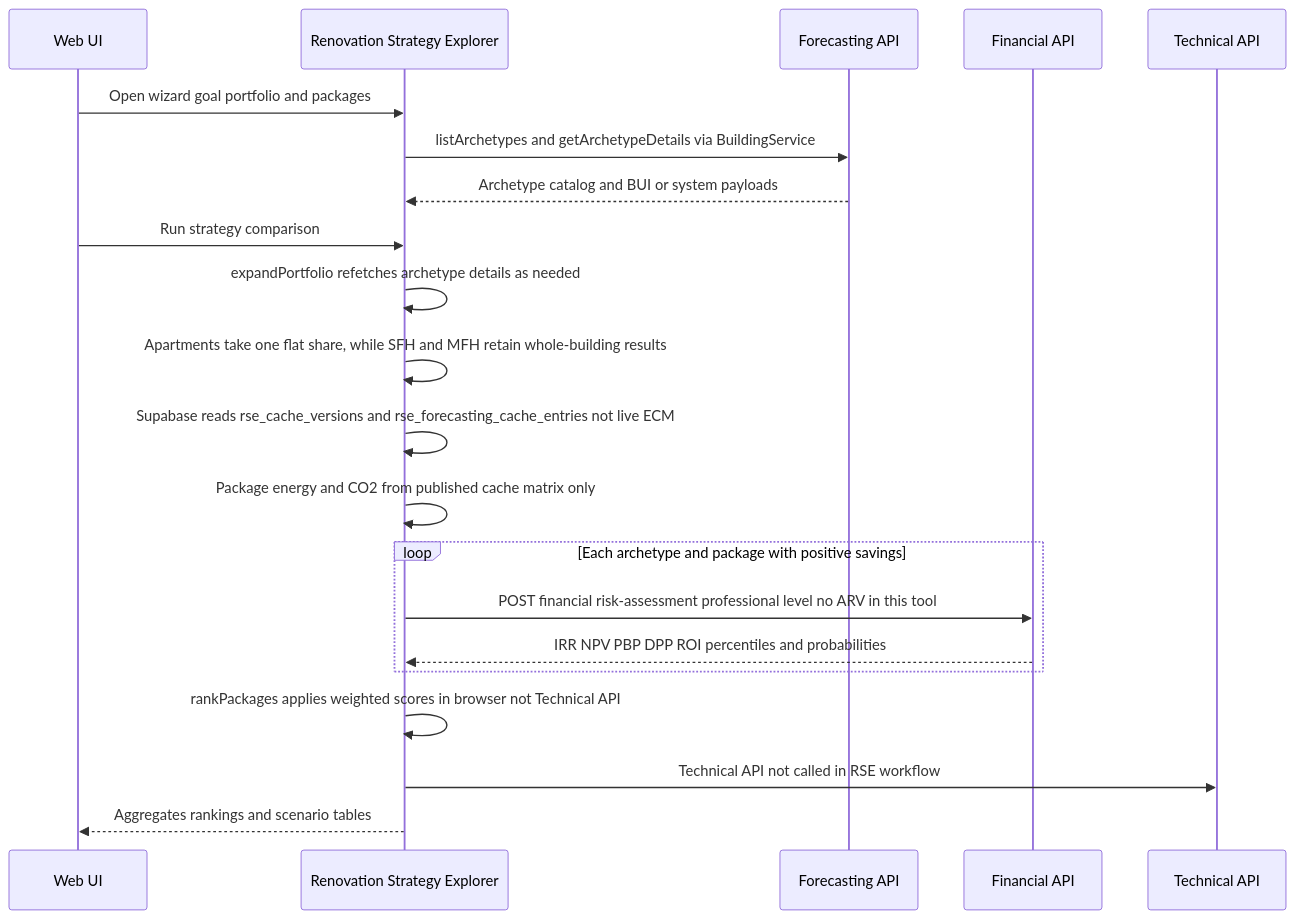
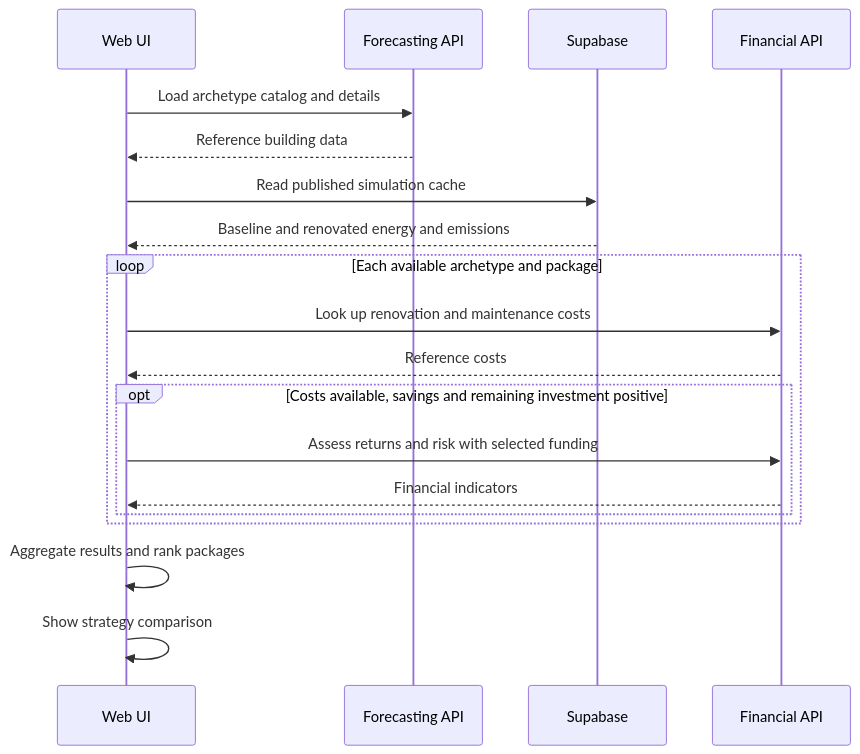
The third of 3 diagrams in README.md (ReLIFE-Project-EU/relife-web-ui), drawn with Mermaid before and after one commit. The commit also changed other lines of this file, not shown here.

Commit message:
📝 Refine README and correct architecture diagrams

````diff
--- a/README.md
+++ b/README.md
@@ -145,24 +130,22 @@
 ```mermaid
 sequenceDiagram
     participant UI as Web UI
-    participant RSE as Renovation Strategy Explorer
     participant FCAST as Forecasting API
+    participant DB as Supabase
     participant FIN as Financial API
-    participant TECH as Technical API
 
-    UI->>RSE: Open wizard goal portfolio and packages
-    RSE->>FCAST: listArchetypes and getArchetypeDetails via BuildingService
-    FCAST-->>RSE: Archetype catalog and BUI or system payloads
-    UI->>RSE: Run strategy comparison
-    RSE->>RSE: expandPortfolio refetches archetype details as needed
-    RSE->>RSE: Apartments take one flat share, while SFH and MFH retain whole-building results
-    RSE->>RSE: Supabase reads rse_cache_versions and rse_forecasting_cache_entries not live ECM
-    RSE->>RSE: Package energy and CO2 from published cache matrix only
-    loop Each archetype and package with positive savings
-        RSE->>FIN: POST financial risk-assessment professional level no ARV in this tool
-        FIN-->>RSE: IRR NPV PBP DPP ROI percentiles and probabilities
+    UI->>FCAST: Load archetype catalog and details
+    FCAST-->>UI: Reference building data
+    UI->>DB: Read published simulation cache
+    DB-->>UI: Baseline and renovated energy and emissions
+    loop Each available archetype and package
+      UI->>FIN: Look up renovation and maintenance costs
+      FIN-->>UI: Reference costs
+      opt Costs available, savings and remaining investment positive
+        UI->>FIN: Assess returns and risk with selected funding
+        FIN-->>UI: Financial indicators
+      end
     end
-    RSE->>RSE: rankPackages applies weighted scores in browser not Technical API
-    RSE->>TECH: Technical API not called in RSE workflow
-    RSE-->>UI: Aggregates rankings and scenario tables
+    UI->>UI: Aggregate results and rank packages
+    UI->>UI: Show strategy comparison
 ```
````
